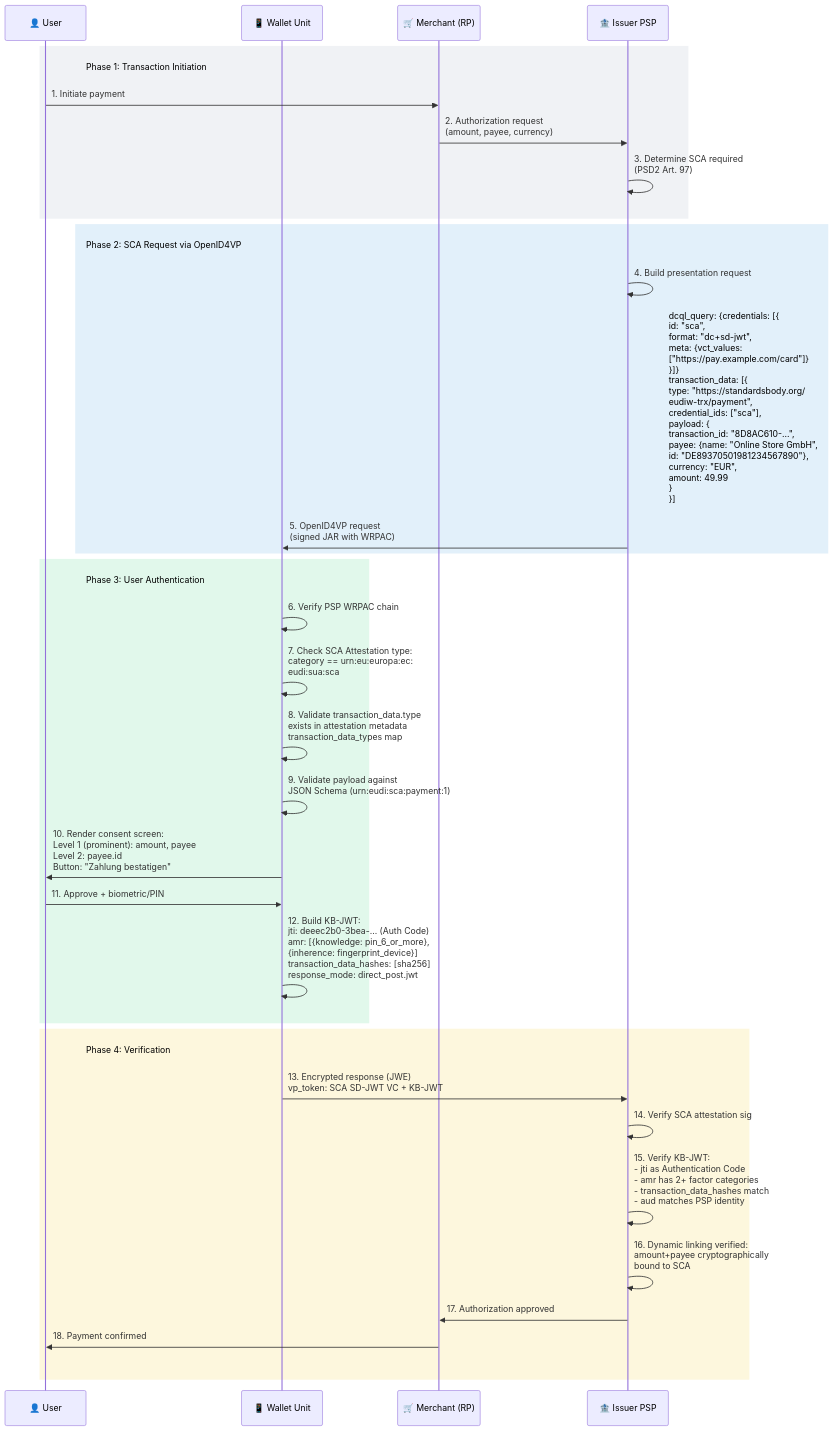
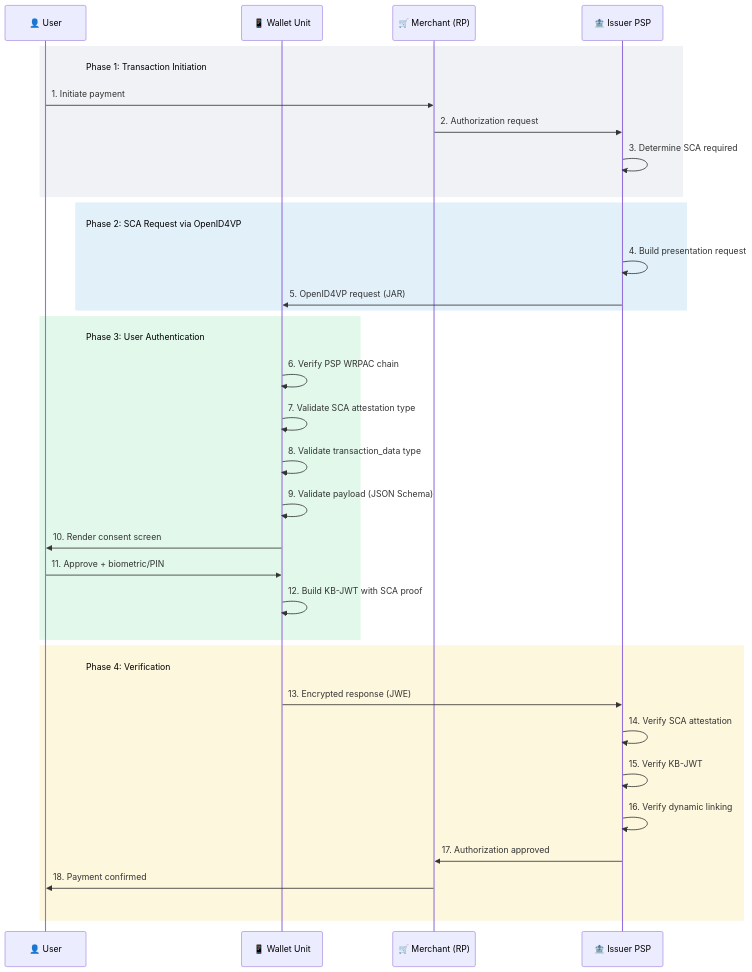
Diagram 11 of 18 in papers/DR-0002/DR-0002-eudi-wallet-relying-party-integration.md (ivanstambuk/deep-research), drawn with Mermaid before and after one commit. The commit also changed other lines of this file, not shown here.

First line of the commit message:
DR-0002: Proper payload walkthroughs — clean diagrams + formatted code blocks

````diff
--- a/papers/DR-0002/DR-0002-eudi-wallet-relying-party-integration.md
+++ b/papers/DR-0002/DR-0002-eudi-wallet-relying-party-integration.md
@@ -1782,53 +2058,52 @@
 ```mermaid
 ---
 config:
   themeVariables:
     noteBkgColor: "transparent"
     noteBorderColor: "transparent"
   sequence:
     messageAlign: left
     noteAlign: left
     actorMargin: 130
 ---
 sequenceDiagram
     participant User as 👤 User
     participant WU as 📱 Wallet Unit
     participant Merchant as 🛒 Merchant (RP)
     participant PSP as 🏦 Issuer PSP
 
     rect rgba(148, 163, 184, 0.14)
     Note right of User: Phase 1: Transaction Initiation
     User->>Merchant: 1. Initiate payment
-    Merchant->>PSP: 2. Authorization request<br/>(amount, payee, currency)
-    PSP->>PSP: 3. Determine SCA required<br/>(PSD2 Art. 97)
+    Merchant->>PSP: 2. Authorization request
+    PSP->>PSP: 3. Determine SCA required
     end
 
     rect rgba(52, 152, 219, 0.14)
     Note right of User: Phase 2: SCA Request via OpenID4VP
     PSP->>PSP: 4. Build presentation request
-    Note right of PSP: dcql_query: {credentials: [{<br/>  id: "sca",<br/>  format: "dc+sd-jwt",<br/>  meta: {vct_values:<br/>    ["https://pay.example.com/card"]}<br/>}]}<br/>transaction_data: [{<br/>  type: "https://standardsbody.org/<br/>    eudiw-trx/payment",<br/>  credential_ids: ["sca"],<br/>  payload: {<br/>    transaction_id: "8D8AC610-...",<br/>    payee: {name: "Online Store GmbH",<br/>      id: "DE89370501981234567890"},<br/>    currency: "EUR",<br/>    amount: 49.99<br/>  }<br/>}]
-    PSP->>WU: 5. OpenID4VP request<br/>(signed JAR with WRPAC)
+    PSP->>WU: 5. OpenID4VP request (JAR)
     end
 
     rect rgba(46, 204, 113, 0.14)
     Note right of User: Phase 3: User Authentication
     WU->>WU: 6. Verify PSP WRPAC chain
-    WU->>WU: 7. Check SCA Attestation type:<br/>category == urn:eu:europa:ec:<br/>eudi:sua:sca
-    WU->>WU: 8. Validate transaction_data.type<br/>exists in attestation metadata<br/>transaction_data_types map
-    WU->>WU: 9. Validate payload against<br/>JSON Schema (urn:eudi:sca:payment:1)
-    WU->>User: 10. Render consent screen:<br/>Level 1 (prominent): amount, payee<br/>Level 2: payee.id<br/>Button: "Zahlung bestatigen"
+    WU->>WU: 7. Validate SCA attestation type
+    WU->>WU: 8. Validate transaction_data type
+    WU->>WU: 9. Validate payload (JSON Schema)
+    WU->>User: 10. Render consent screen
     User->>WU: 11. Approve + biometric/PIN
-    WU->>WU: 12. Build KB-JWT:<br/>jti: deeec2b0-3bea-... (Auth Code)<br/>amr: [{knowledge: pin_6_or_more},<br/>  {inherence: fingerprint_device}]<br/>transaction_data_hashes: [sha256]<br/>response_mode: direct_post.jwt
+    WU->>WU: 12. Build KB-JWT with SCA proof
     end
 
     rect rgba(241, 196, 15, 0.14)
     Note right of User: Phase 4: Verification
-    WU->>PSP: 13. Encrypted response (JWE)<br/>vp_token: SCA SD-JWT VC + KB-JWT
-    PSP->>PSP: 14. Verify SCA attestation sig
-    PSP->>PSP: 15. Verify KB-JWT:<br/>- jti as Authentication Code<br/>- amr has 2+ factor categories<br/>- transaction_data_hashes match<br/>- aud matches PSP identity
-    PSP->>PSP: 16. Dynamic linking verified:<br/>amount+payee cryptographically<br/>bound to SCA
+    WU->>PSP: 13. Encrypted response (JWE)
+    PSP->>PSP: 14. Verify SCA attestation
+    PSP->>PSP: 15. Verify KB-JWT
+    PSP->>PSP: 16. Verify dynamic linking
     PSP->>Merchant: 17. Authorization approved
     Merchant->>User: 18. Payment confirmed
     Note right of PSP: ⠀
     end
 ```
````
